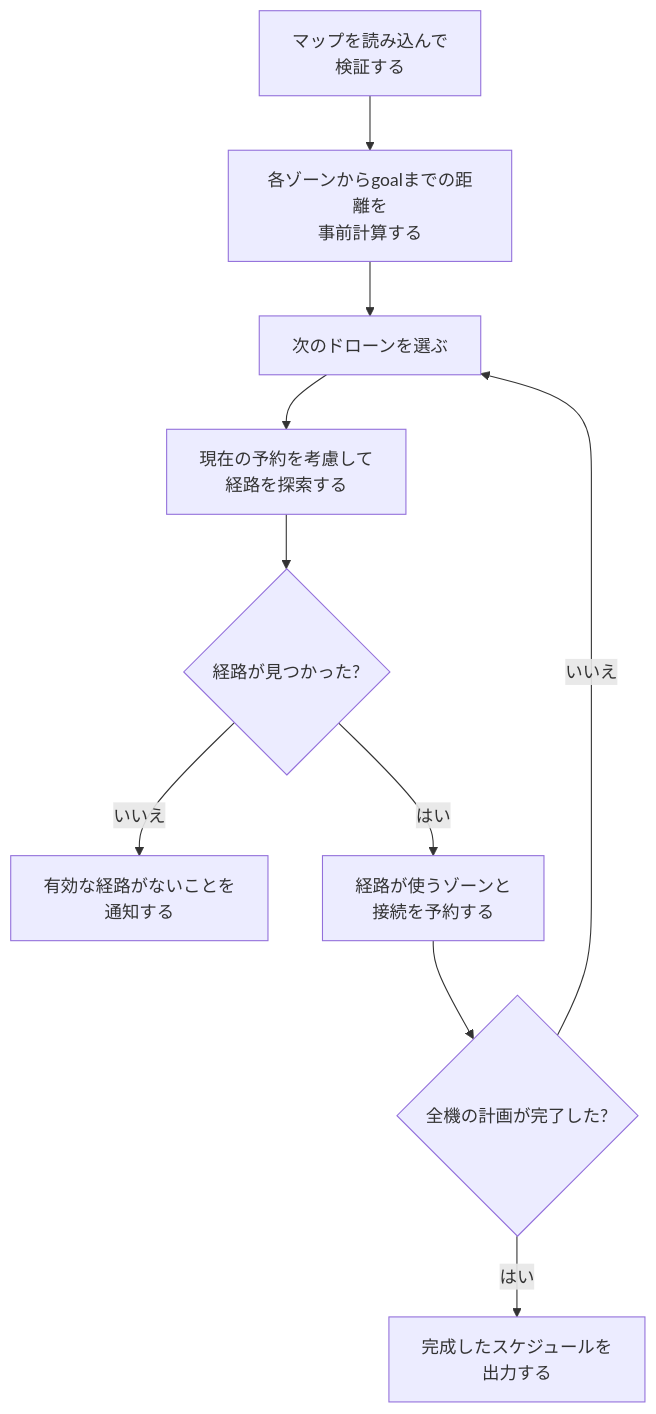
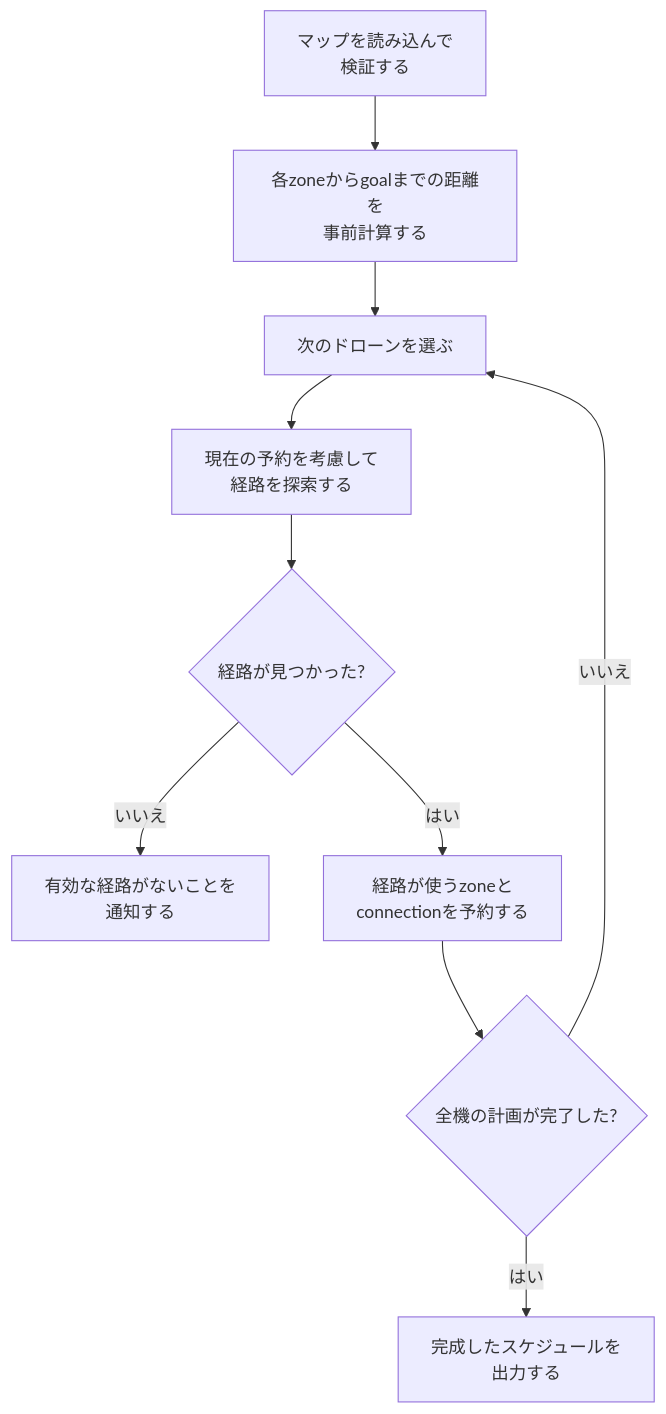
The second of 2 diagrams in README.md (tsito2602/42cursus-fly_in), drawn with Mermaid before and after one commit. The commit also changed other lines of this file, not shown here.

```diff
--- a/README.md
+++ b/README.md
@@ -546,12 +548,12 @@
 ~~~mermaid
 flowchart TD
-    A["マップを読み込んで<br/>検証する"] --> B["各ゾーンからgoalまでの距離を<br/>事前計算する"]
+    A["マップを読み込んで<br/>検証する"] --> B["各zoneからgoalまでの距離を<br/>事前計算する"]
     B --> C["次のドローンを選ぶ"]
     C --> D["現在の予約を考慮して<br/>経路を探索する"]
     D --> E{"経路が見つかった?"}
     E -- いいえ --> F["有効な経路がないことを<br/>通知する"]
-    E -- はい --> G["経路が使うゾーンと<br/>接続を予約する"]
+    E -- はい --> G["経路が使うzoneと<br/>connectionを予約する"]
     G --> H{"全機の計画が完了した?"}
     H -- いいえ --> C
     H -- はい --> I["完成したスケジュールを<br/>出力する"]
 ~~~
```
